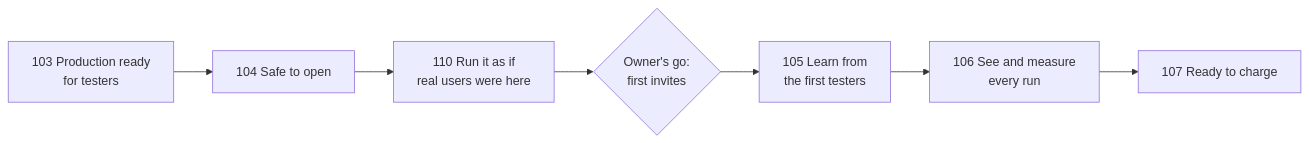
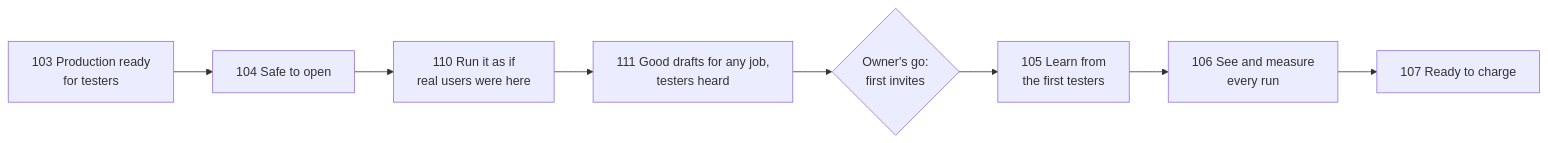
One commit to akoita/draft-loop changed the second of 2 diagrams in docs/roadmap.md. Above: the diagram before and after it, drawn with Mermaid. The commit also changed other lines of this file, not shown here.

First line of the commit message:
Admit milestone 111 in the roadmap and close 110

````diff
--- a/docs/roadmap.md
+++ b/docs/roadmap.md
@@ -339,9 +339,10 @@
 ```mermaid
 flowchart LR
   m103["103 Production ready<br/>for testers"] --> m104["104 Safe to open"]
   m104 --> m110["110 Run it as if<br/>real users were here"]
-  m110 --> gate{"Owner's go:<br/>first invites"}
+  m110 --> m111["111 Good drafts for any job,<br/>testers heard"]
+  m111 --> gate{"Owner's go:<br/>first invites"}
   gate --> m105["105 Learn from<br/>the first testers"]
   m105 --> m106["106 See and measure<br/>every run"]
   m106 --> m107["107 Ready to charge"]
 ```
````
